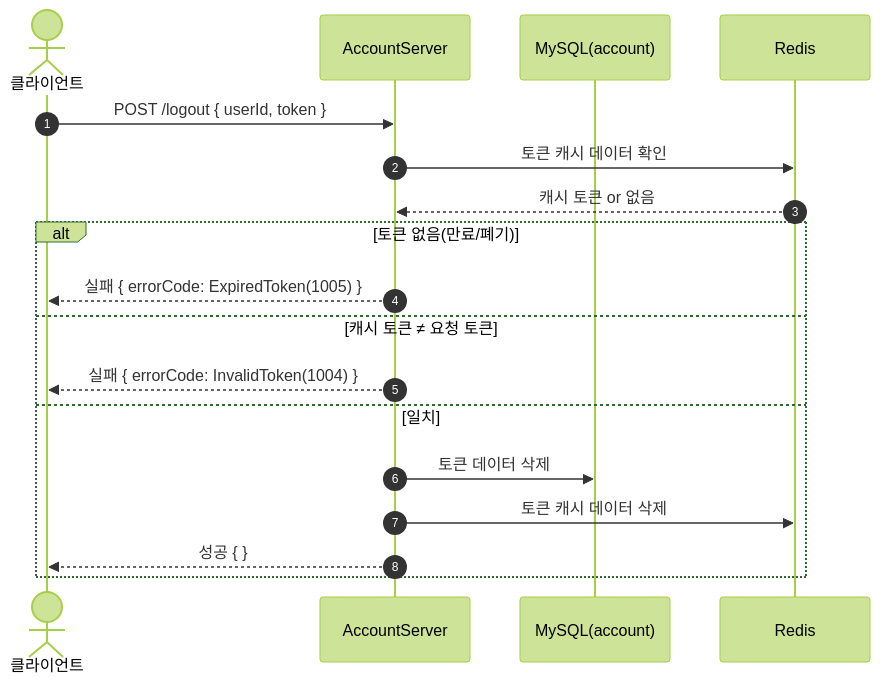
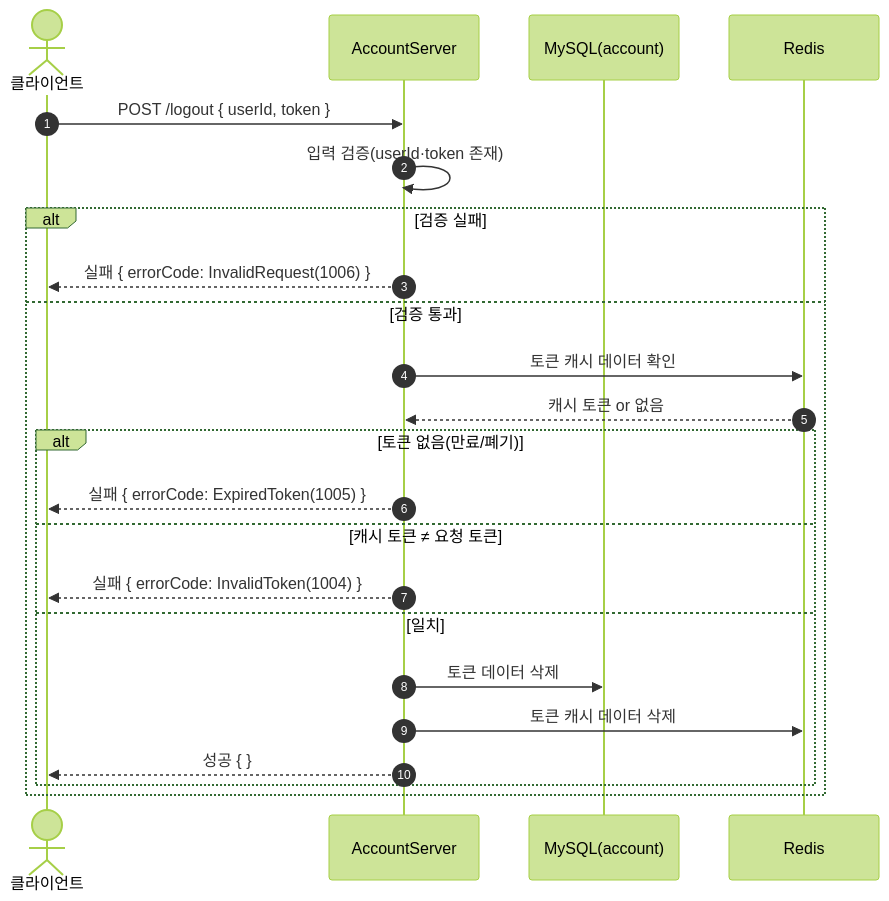
Before and after one commit to ks-wook/com2us-taskbar-hero: the third of 40 diagrams in SequenceDiagram/README.md, drawn with Mermaid (forest theme). The commit also changed other lines of this file and 16 other files, not shown here.

````diff
--- a/SequenceDiagram/README.md
+++ b/SequenceDiagram/README.md
@@ -131,21 +131,26 @@
 ```mermaid
 sequenceDiagram
     autonumber
     actor C as 클라이언트
     participant S as AccountServer
     participant DB as MySQL(account)
     participant Redis as Redis
 
     C->>S: POST /logout { userId, token }
-    S->>Redis: 토큰 캐시 데이터 확인
-    Redis-->>S: 캐시 토큰 or 없음
-    alt 토큰 없음(만료/폐기)
-        S-->>C: 실패 { errorCode: ExpiredToken(1005) }
-    else 캐시 토큰 ≠ 요청 토큰
-        S-->>C: 실패 { errorCode: InvalidToken(1004) }
-    else 일치
-        S->>DB: 토큰 데이터 삭제
-        S->>Redis: 토큰 캐시 데이터 삭제
-        S-->>C: 성공 { }
+    S->>S: 입력 검증(userId·token 존재)
+    alt 검증 실패
+        S-->>C: 실패 { errorCode: InvalidRequest(1006) }
+    else 검증 통과
+        S->>Redis: 토큰 캐시 데이터 확인
+        Redis-->>S: 캐시 토큰 or 없음
+        alt 토큰 없음(만료/폐기)
+            S-->>C: 실패 { errorCode: ExpiredToken(1005) }
+        else 캐시 토큰 ≠ 요청 토큰
+            S-->>C: 실패 { errorCode: InvalidToken(1004) }
+        else 일치
+            S->>DB: 토큰 데이터 삭제
+            S->>Redis: 토큰 캐시 데이터 삭제
+            S-->>C: 성공 { }
+        end
     end
 ```
````
